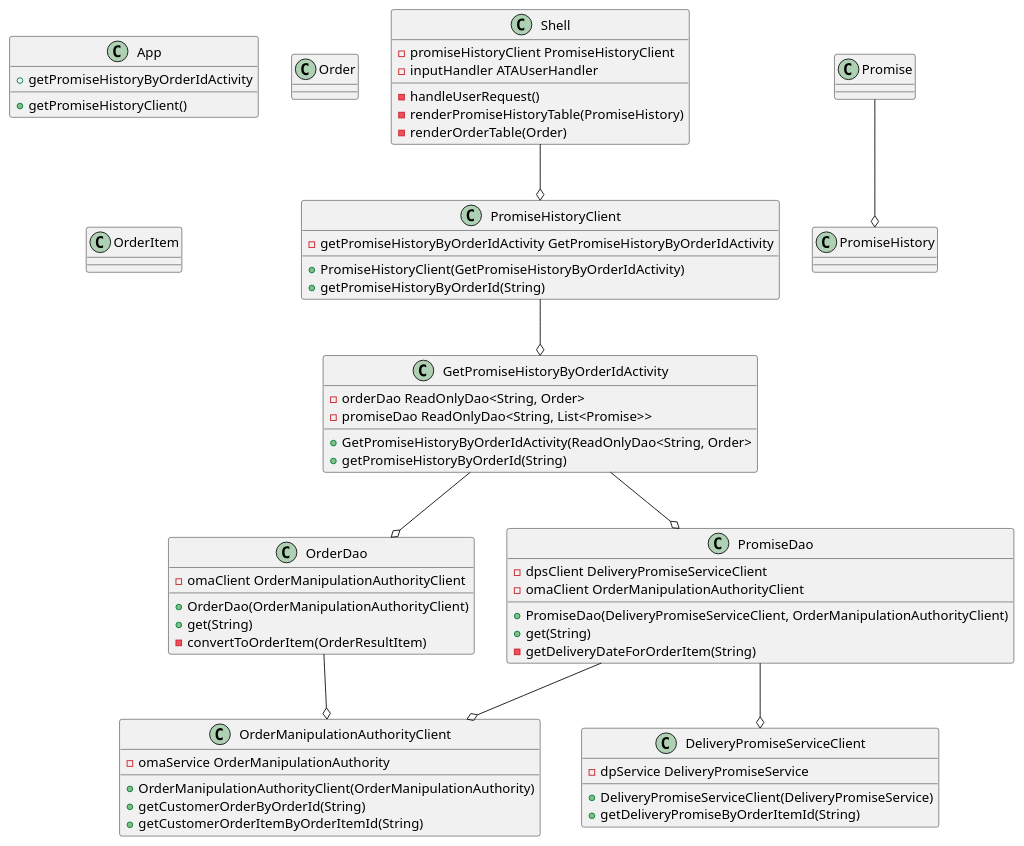
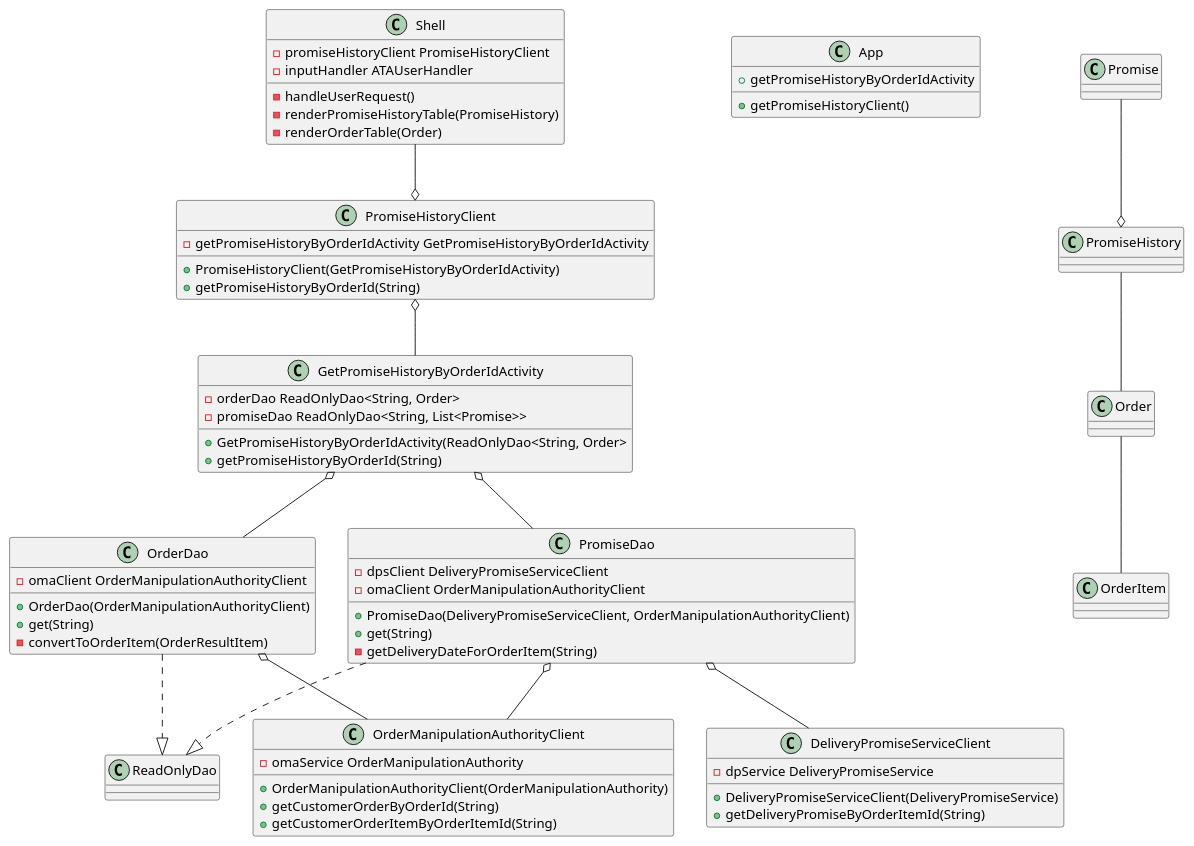
One commit to zdisalvo/OrderFulfillment changed the diagram in src/resources/deliveringonourpromise_CD.puml. Above: the diagram before and after it, drawn with PlantUML. The commit also changed 6 other files, not shown here.

Commit message:
completed class diagram

```diff
--- a/src/resources/deliveringonourpromise_CD.puml
+++ b/src/resources/deliveringonourpromise_CD.puml
@@ -1,99 +1,104 @@
 @startuml
 
 class Shell {
     - promiseHistoryClient PromiseHistoryClient
     - inputHandler ATAUserHandler
 
     - handleUserRequest()
     - renderPromiseHistoryTable(PromiseHistory)
     - renderOrderTable(Order)
 
 }
 
 class App {
     + getPromiseHistoryClient()
     + getPromiseHistoryByOrderIdActivity
 
 }
 
 
 class PromiseHistoryClient {
 - getPromiseHistoryByOrderIdActivity GetPromiseHistoryByOrderIdActivity
 
 + PromiseHistoryClient(GetPromiseHistoryByOrderIdActivity)
 + getPromiseHistoryByOrderId(String)
 
 }
 
 
 class GetPromiseHistoryByOrderIdActivity {
 - orderDao ReadOnlyDao<String, Order>
 - promiseDao ReadOnlyDao<String, List<Promise>>
 
 + GetPromiseHistoryByOrderIdActivity(ReadOnlyDao<String, Order>
 + getPromiseHistoryByOrderId(String)
 }
 
 
 class OrderDao {
 - omaClient OrderManipulationAuthorityClient
 
 + OrderDao(OrderManipulationAuthorityClient)
 + get(String)
 - convertToOrderItem(OrderResultItem)
 
 }
 
 
 class PromiseDao {
 - dpsClient DeliveryPromiseServiceClient
 - omaClient OrderManipulationAuthorityClient
 
 + PromiseDao(DeliveryPromiseServiceClient, OrderManipulationAuthorityClient)
 + get(String)
 - getDeliveryDateForOrderItem(String)
 }
 
 
 class OrderManipulationAuthorityClient {
 - omaService OrderManipulationAuthority
 
 + OrderManipulationAuthorityClient(OrderManipulationAuthority)
 + getCustomerOrderByOrderId(String)
 + getCustomerOrderItemByOrderItemId(String)
 }
 
 
 class DeliveryPromiseServiceClient {
 - dpService DeliveryPromiseService
 
 + DeliveryPromiseServiceClient(DeliveryPromiseService)
 + getDeliveryPromiseByOrderItemId(String)
 }
 
 class PromiseHistory {
 }
 
 class Promise {
 }
 
 class Order {
 }
 
 class OrderItem {
 }
 
 
 
 Promise --o PromiseHistory
 
 Shell --o PromiseHistoryClient
-PromiseHistoryClient --o GetPromiseHistoryByOrderIdActivity
-GetPromiseHistoryByOrderIdActivity --o OrderDao
-OrderDao --o OrderManipulationAuthorityClient
-GetPromiseHistoryByOrderIdActivity --o PromiseDao
-PromiseDao --o OrderManipulationAuthorityClient
-PromiseDao --o DeliveryPromiseServiceClient
+PromiseHistoryClient o-- GetPromiseHistoryByOrderIdActivity
+GetPromiseHistoryByOrderIdActivity o-- OrderDao
+OrderDao o-- OrderManipulationAuthorityClient
+GetPromiseHistoryByOrderIdActivity o-- PromiseDao
+PromiseDao o-- OrderManipulationAuthorityClient
+PromiseDao o-- DeliveryPromiseServiceClient
+PromiseHistory -- Order
+Order -- OrderItem
+OrderDao ..|> ReadOnlyDao
+PromiseDao ..|> ReadOnlyDao
+
 
 
 @enduml
```
